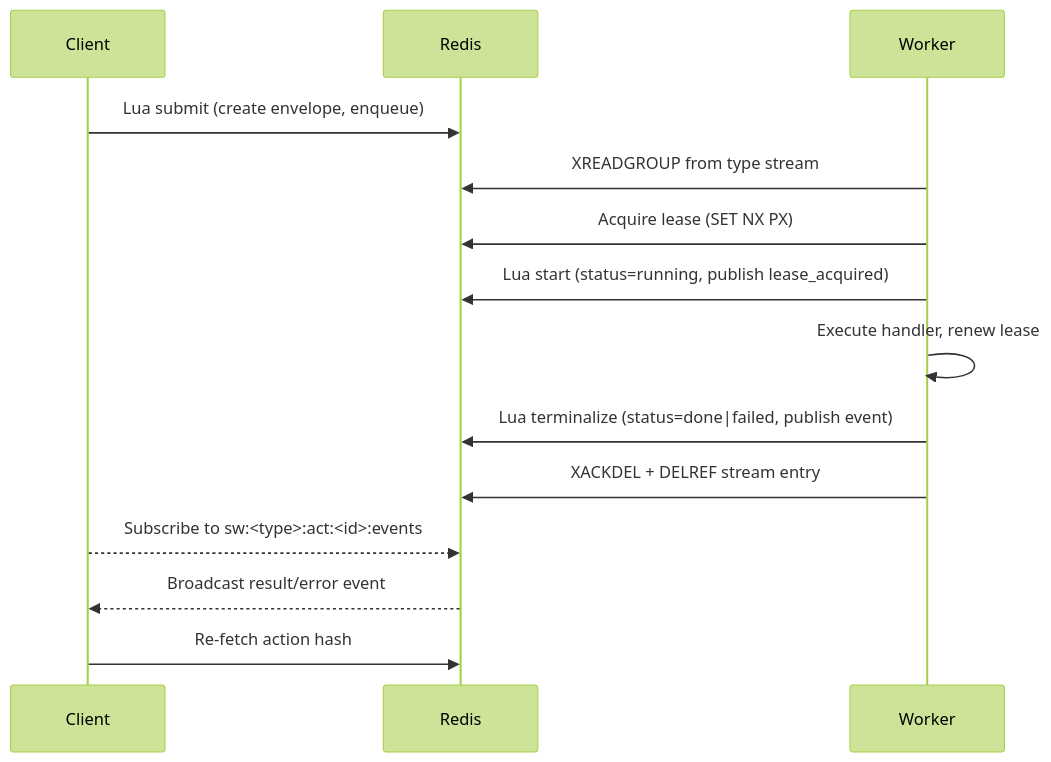
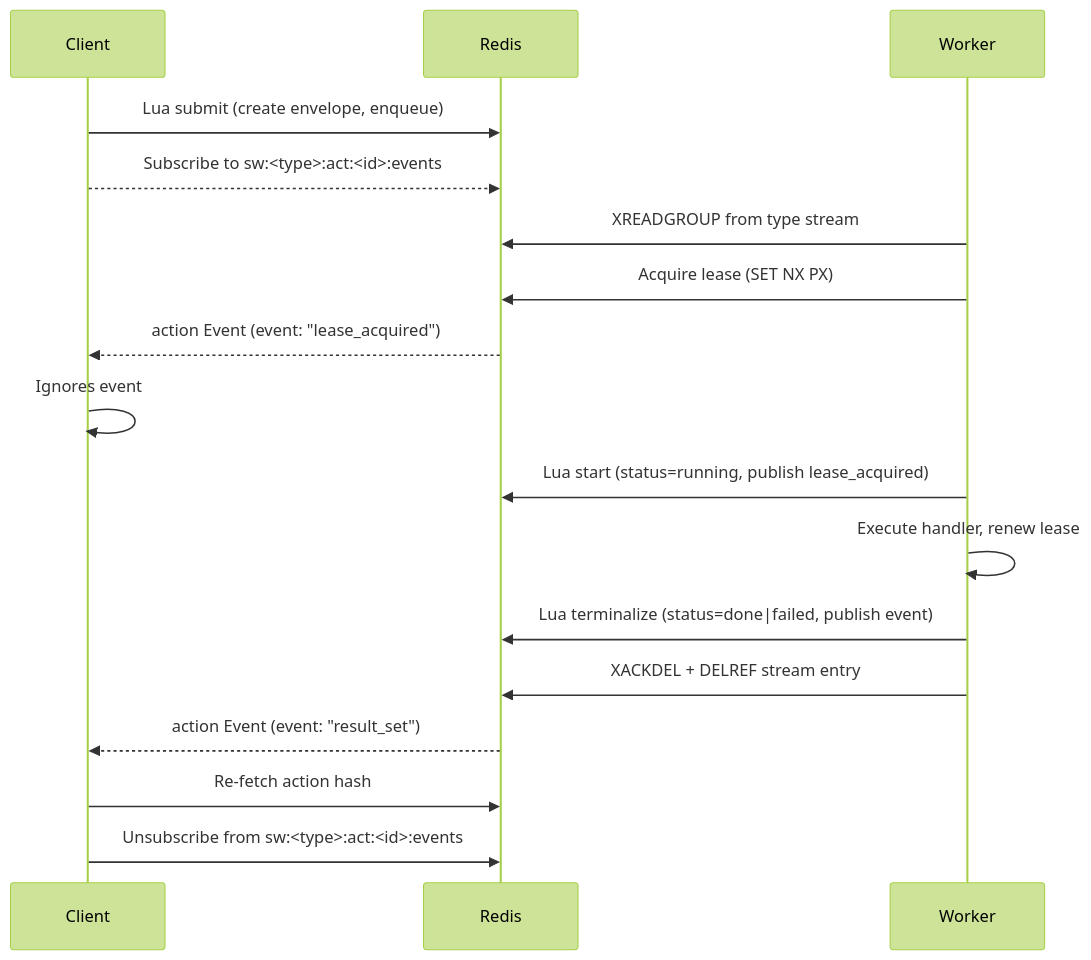
Before and after one commit to stestagg/swarm: the diagram in DESIGN.md, drawn with Mermaid (forest theme).

Commit message:
Revise event handling in DESIGN.md
Updated event handling in the design document to reflect changes in client subscriptions and event broadcasts.

````diff
--- a/DESIGN.md
+++ b/DESIGN.md
@@ -62,16 +62,19 @@
 ```mermaid
 sequenceDiagram
     participant Client
     participant Redis
     participant Worker
     Client->>Redis: Lua submit (create envelope, enqueue)
+    Client-->>Redis: Subscribe to sw:<type>:act:<id>:events
     Worker->>Redis: XREADGROUP from type stream
     Worker->>Redis: Acquire lease (SET NX PX)
+    Redis-->>Client: action Event (event: "lease_acquired")
+    Client->>Client: Ignores event
     Worker->>Redis: Lua start (status=running, publish lease_acquired)
     Worker->>Worker: Execute handler, renew lease
     Worker->>Redis: Lua terminalize (status=done|failed, publish event)
     Worker->>Redis: XACKDEL + DELREF stream entry
-    Client-->>Redis: Subscribe to sw:<type>:act:<id>:events
-    Redis-->>Client: Broadcast result/error event
+    Redis-->>Client: action Event (event: "result_set")
     Client->>Redis: Re-fetch action hash
+    Client->>Redis: Unsubscribe from sw:<type>:act:<id>:events
 ```
````
